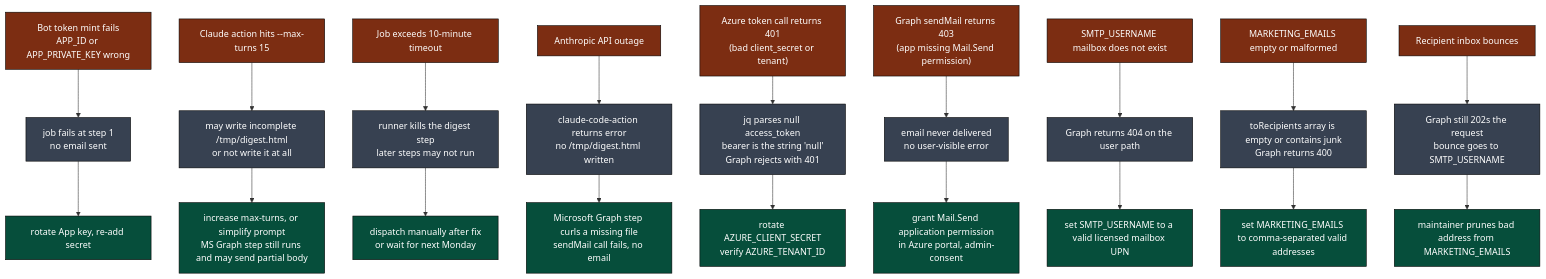
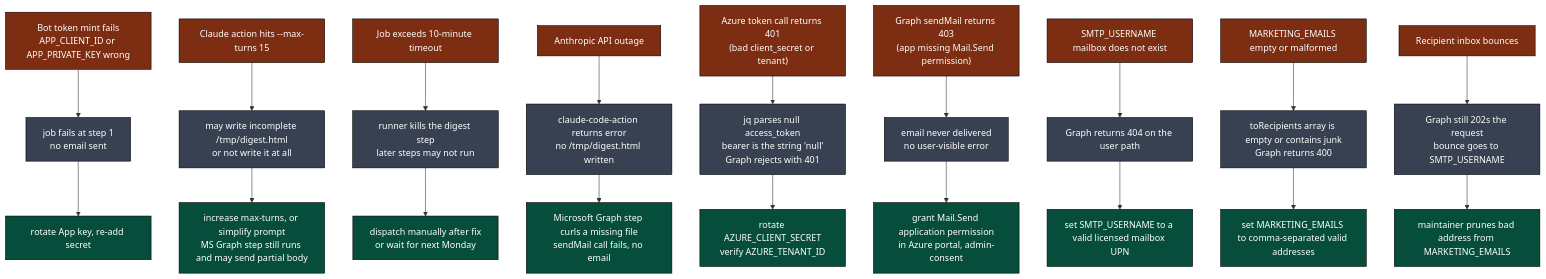
Diagram 12 of 13 in .github/docs/AGENT_DIGEST_DEEP_DIVE.md (llm-exe/llm-exe), drawn with Mermaid before and after one commit. The commit also changed other lines of this file and 13 other files, not shown here.

Commit message:
fix: update references from APP_ID to APP_CLIENT_ID in documentation

````diff
--- a/.github/docs/AGENT_DIGEST_DEEP_DIVE.md
+++ b/.github/docs/AGENT_DIGEST_DEEP_DIVE.md
@@ -506,42 +506,42 @@
 ```mermaid
 flowchart TB
     classDef fail fill:#7c2d12,color:#fff,stroke:#000
     classDef effect fill:#374151,color:#fff,stroke:#000
     classDef fix fill:#064e3b,color:#fff,stroke:#000
 
-    F1["Bot token mint fails\nAPP_ID or APP_PRIVATE_KEY wrong"]:::fail
+    F1["Bot token mint fails\nAPP_CLIENT_ID or APP_PRIVATE_KEY wrong"]:::fail
     F1 --> F1E["job fails at step 1\nno email sent"]:::effect
     F1E --> F1X["rotate App key, re-add secret"]:::fix
 
     F2["Claude action hits --max-turns 15"]:::fail
     F2 --> F2E["may write incomplete /tmp/digest.html\nor not write it at all"]:::effect
     F2E --> F2X["increase max-turns, or simplify prompt\nMS Graph step still runs and may send partial body"]:::fix
 
     F3["Job exceeds 10-minute timeout"]:::fail
     F3 --> F3E["runner kills the digest step\nlater steps may not run"]:::effect
     F3E --> F3X["dispatch manually after fix\nor wait for next Monday"]:::fix
 
     F4["Anthropic API outage"]:::fail
     F4 --> F4E["claude-code-action returns error\nno /tmp/digest.html written"]:::effect
     F4E --> F4X["Microsoft Graph step curls a missing file\nsendMail call fails, no email"]:::fix
 
     F5["Azure token call returns 401\n(bad client_secret or tenant)"]:::fail
     F5 --> F5E["jq parses null access_token\nbearer is the string 'null'\nGraph rejects with 401"]:::effect
     F5E --> F5X["rotate AZURE_CLIENT_SECRET\nverify AZURE_TENANT_ID"]:::fix
 
     F6["Graph sendMail returns 403\n(app missing Mail.Send permission)"]:::fail
     F6 --> F6E["email never delivered\nno user-visible error"]:::effect
     F6E --> F6X["grant Mail.Send application permission\nin Azure portal, admin-consent"]:::fix
 
     F7["SMTP_USERNAME mailbox does not exist"]:::fail
     F7 --> F7E["Graph returns 404 on the user path"]:::effect
     F7E --> F7X["set SMTP_USERNAME to a valid licensed mailbox UPN"]:::fix
 
     F8["MARKETING_EMAILS empty or malformed"]:::fail
     F8 --> F8E["toRecipients array is empty or contains junk\nGraph returns 400"]:::effect
     F8E --> F8X["set MARKETING_EMAILS to comma-separated valid addresses"]:::fix
 
     F9["Recipient inbox bounces"]:::fail
     F9 --> F9E["Graph still 202s the request\nbounce goes to SMTP_USERNAME"]:::effect
     F9E --> F9X["maintainer prunes bad address from MARKETING_EMAILS"]:::fix
 ```
````
